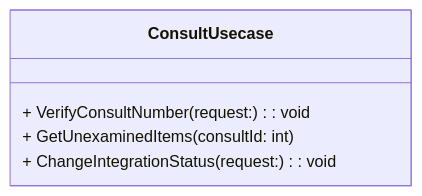
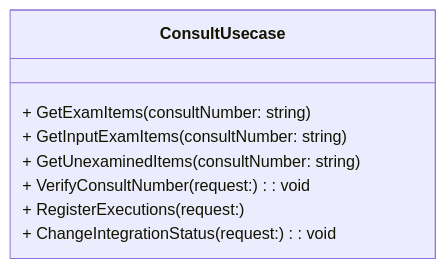
Before and after one commit to MrWangpeilin945/FlutterIOS: diagram 13 of 32 in Documents/API設計書/src/docs/5_ユースケース.adoc, drawn with Mermaid. The commit also changed other lines of this file and 1 other file, not shown here.

Commit message:
API設計書 ユースケースとリポジトリのクラス図を更新

```diff
--- a/Documents/API設計書/src/docs/5_ユースケース.adoc
+++ b/Documents/API設計書/src/docs/5_ユースケース.adoc
@@ -179,9 +179,12 @@
 [mermaid,Consult-u-cd,png]
 ----
 classDiagram
 class ConsultUsecase {
+  + GetExamItems(consultNumber: string)
+  + GetInputExamItems(consultNumber: string)
+  + GetUnexaminedItems(consultNumber: string)
   + VerifyConsultNumber(request: ): void
-  + GetUnexaminedItems(consultId: int)
+  + RegisterExecutions(request: )
   + ChangeIntegrationStatus(request: ): void
 }
 ----
```
